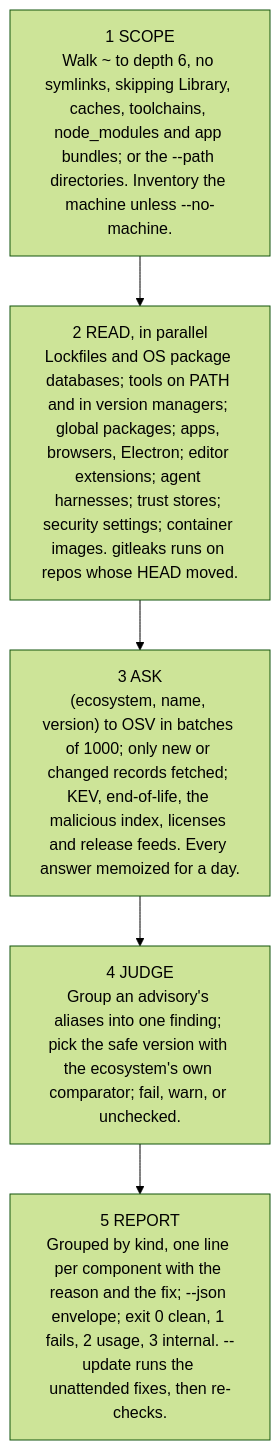
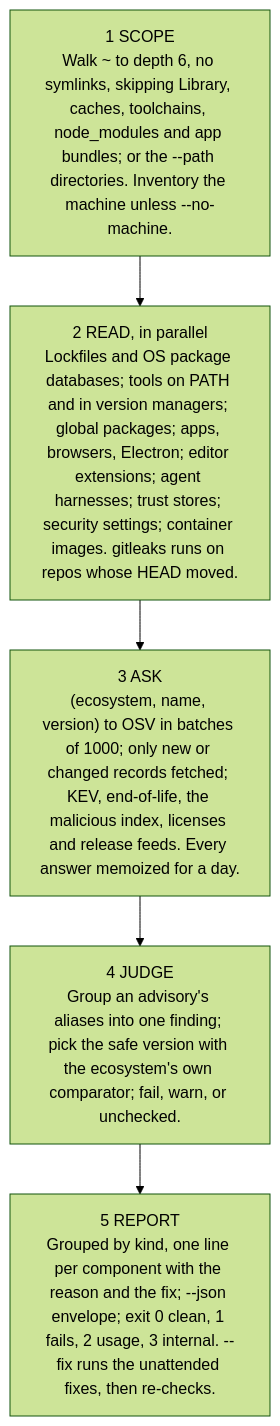
The second of 2 diagrams in docs/architecture.md (waffuruai/pantry), drawn with Mermaid (forest theme) before and after one commit. The commit also changed other lines of this file and 18 other files, not shown here.

````diff
--- a/docs/architecture.md
+++ b/docs/architecture.md
@@ -44,9 +44,9 @@
 ```mermaid
 flowchart TB
   scope["1 SCOPE<br/>Walk ~ to depth 6, no symlinks, skipping Library, caches, toolchains, node_modules and app bundles; or the --path directories. Inventory the machine unless --no-machine."]
   read["2 READ, in parallel<br/>Lockfiles and OS package databases; tools on PATH and in version managers; global packages; apps, browsers, Electron; editor extensions; agent harnesses; trust stores; security settings; container images. gitleaks runs on repos whose HEAD moved."]
   ask["3 ASK<br/>(ecosystem, name, version) to OSV in batches of 1000; only new or changed records fetched; KEV, end-of-life, the malicious index, licenses and release feeds. Every answer memoized for a day."]
   judge["4 JUDGE<br/>Group an advisory's aliases into one finding; pick the safe version with the ecosystem's own comparator; fail, warn, or unchecked."]
-  report["5 REPORT<br/>Grouped by kind, one line per component with the reason and the fix; --json envelope; exit 0 clean, 1 fails, 2 usage, 3 internal. --update runs the unattended fixes, then re-checks."]
+  report["5 REPORT<br/>Grouped by kind, one line per component with the reason and the fix; --json envelope; exit 0 clean, 1 fails, 2 usage, 3 internal. --fix runs the unattended fixes, then re-checks."]
   scope --> read --> ask --> judge --> report
 ```
````
